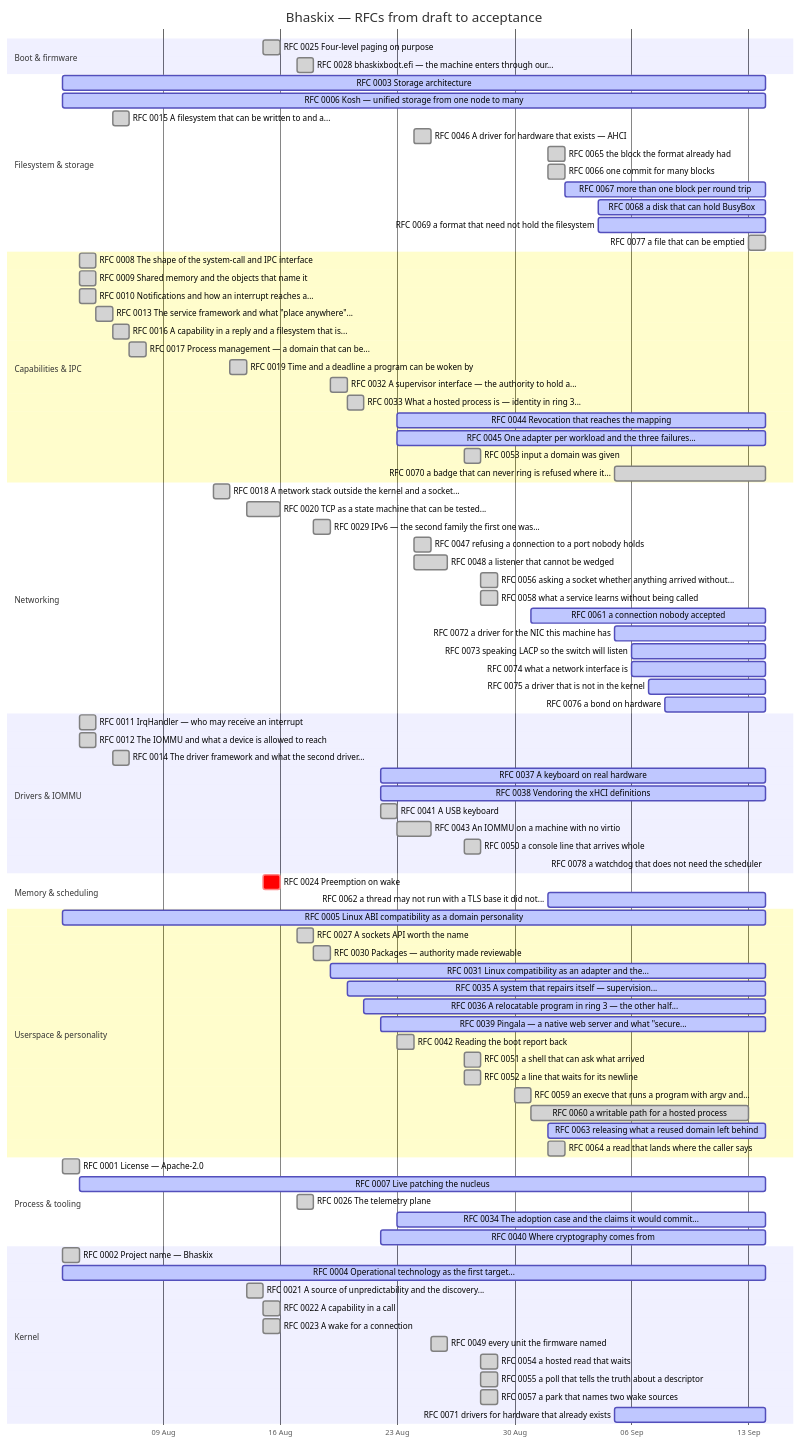
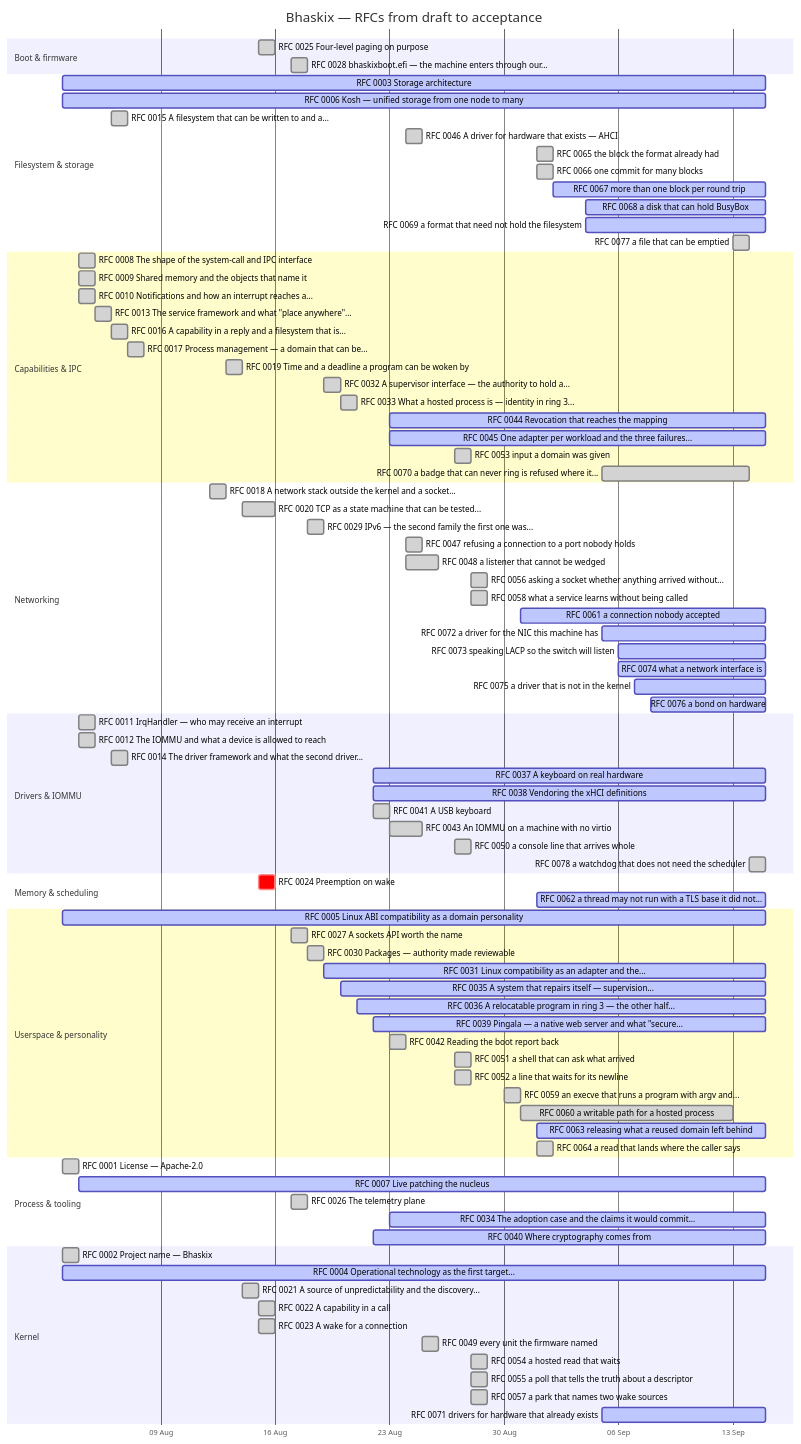
Before and after one commit to bhaskix/bhaskix: the diagram in docs/progress.md, drawn with Mermaid. The commit also changed other lines of this file and 5 other files, not shown here.

First line of the commit message:
RFC 0078 step 3: a stall the kernel can be asked for, so the report can be falsified

````diff
--- a/docs/progress.md
+++ b/docs/progress.md
@@ -31,15 +31,15 @@
     RFC 0025 Four-level paging on purpose :done, r0025, 2026-08-15, 2026-08-16
     RFC 0028 bhaskixboot.efi — the machine enters through our... :done, r0028, 2026-08-17, 2026-08-18
     section Filesystem & storage
-    RFC 0003 Storage architecture :active, r0003, 2026-08-03, 2026-09-14
-    RFC 0006 Kosh — unified storage from one node to many :active, r0006, 2026-08-03, 2026-09-14
+    RFC 0003 Storage architecture :active, r0003, 2026-08-03, 2026-09-15
+    RFC 0006 Kosh — unified storage from one node to many :active, r0006, 2026-08-03, 2026-09-15
     RFC 0015 A filesystem that can be written to and a... :done, r0015, 2026-08-06, 1d
     RFC 0046 A driver for hardware that exists — AHCI :done, r0046, 2026-08-24, 1d
     RFC 0065 the block the format already had :done, r0065, 2026-09-01, 1d
     RFC 0066 one commit for many blocks :done, r0066, 2026-09-01, 1d
-    RFC 0067 more than one block per round trip :active, r0067, 2026-09-02, 2026-09-14
-    RFC 0068 a disk that can hold BusyBox :active, r0068, 2026-09-04, 2026-09-14
-    RFC 0069 a format that need not hold the filesystem :active, r0069, 2026-09-04, 2026-09-14
+    RFC 0067 more than one block per round trip :active, r0067, 2026-09-02, 2026-09-15
+    RFC 0068 a disk that can hold BusyBox :active, r0068, 2026-09-04, 2026-09-15
+    RFC 0069 a format that need not hold the filesystem :active, r0069, 2026-09-04, 2026-09-15
     RFC 0077 a file that can be emptied :done, r0077, 2026-09-13, 1d
     section Capabilities & IPC
     RFC 0008 The shape of the system-call and IPC interface :done, r0008, 2026-08-04, 1d
@@ -51,8 +51,8 @@
     RFC 0019 Time and a deadline a program can be woken by :done, r0019, 2026-08-13, 2026-08-14
     RFC 0032 A supervisor interface — the authority to hold a... :done, r0032, 2026-08-19, 2026-08-20
     RFC 0033 What a hosted process is — identity in ring 3... :done, r0033, 2026-08-20, 1d
-    RFC 0044 Revocation that reaches the mapping :active, r0044, 2026-08-23, 2026-09-14
-    RFC 0045 One adapter per workload and the three failures... :active, r0045, 2026-08-23, 2026-09-14
+    RFC 0044 Revocation that reaches the mapping :active, r0044, 2026-08-23, 2026-09-15
+    RFC 0045 One adapter per workload and the three failures... :active, r0045, 2026-08-23, 2026-09-15
     RFC 0053 input a domain was given :done, r0053, 2026-08-27, 1d
     RFC 0070 a badge that can never ring is refused where it... :done, r0070, 2026-09-05, 2026-09-14
     section Networking
@@ -63,49 +63,49 @@
     RFC 0048 a listener that cannot be wedged :done, r0048, 2026-08-24, 2026-08-26
     RFC 0056 asking a socket whether anything arrived without... :done, r0056, 2026-08-28, 1d
     RFC 0058 what a service learns without being called :done, r0058, 2026-08-28, 1d
-    RFC 0061 a connection nobody accepted :active, r0061, 2026-08-31, 2026-09-14
-    RFC 0072 a driver for the NIC this machine has :active, r0072, 2026-09-05, 2026-09-14
-    RFC 0073 speaking LACP so the switch will listen :active, r0073, 2026-09-06, 2026-09-14
-    RFC 0074 what a network interface is :active, r0074, 2026-09-06, 2026-09-14
-    RFC 0075 a driver that is not in the kernel :active, r0075, 2026-09-07, 2026-09-14
-    RFC 0076 a bond on hardware :active, r0076, 2026-09-08, 2026-09-14
+    RFC 0061 a connection nobody accepted :active, r0061, 2026-08-31, 2026-09-15
+    RFC 0072 a driver for the NIC this machine has :active, r0072, 2026-09-05, 2026-09-15
+    RFC 0073 speaking LACP so the switch will listen :active, r0073, 2026-09-06, 2026-09-15
+    RFC 0074 what a network interface is :active, r0074, 2026-09-06, 2026-09-15
+    RFC 0075 a driver that is not in the kernel :active, r0075, 2026-09-07, 2026-09-15
+    RFC 0076 a bond on hardware :active, r0076, 2026-09-08, 2026-09-15
     section Drivers & IOMMU
     RFC 0011 IrqHandler — who may receive an interrupt :done, r0011, 2026-08-04, 1d
     RFC 0012 The IOMMU and what a device is allowed to reach :done, r0012, 2026-08-04, 1d
     RFC 0014 The driver framework and what the second driver... :done, r0014, 2026-08-06, 1d
-    RFC 0037 A keyboard on real hardware :active, r0037, 2026-08-22, 2026-09-14
-    RFC 0038 Vendoring the xHCI definitions :active, r0038, 2026-08-22, 2026-09-14
+    RFC 0037 A keyboard on real hardware :active, r0037, 2026-08-22, 2026-09-15
+    RFC 0038 Vendoring the xHCI definitions :active, r0038, 2026-08-22, 2026-09-15
     RFC 0041 A USB keyboard :done, r0041, 2026-08-22, 2026-08-23
     RFC 0043 An IOMMU on a machine with no virtio :done, r0043, 2026-08-23, 2026-08-25
     RFC 0050 a console line that arrives whole :done, r0050, 2026-08-27, 1d
-    RFC 0078 a watchdog that does not need the scheduler :active, r0078, 2026-09-14, 2026-09-14
+    RFC 0078 a watchdog that does not need the scheduler :done, r0078, 2026-09-14, 2026-09-15
     section Memory & scheduling
     RFC 0024 Preemption on wake :crit, r0024, 2026-08-15, 1d
-    RFC 0062 a thread may not run with a TLS base it did not... :active, r0062, 2026-09-01, 2026-09-14
+    RFC 0062 a thread may not run with a TLS base it did not... :active, r0062, 2026-09-01, 2026-09-15
     section Userspace & personality
-    RFC 0005 Linux ABI compatibility as a domain personality :active, r0005, 2026-08-03, 2026-09-14
+    RFC 0005 Linux ABI compatibility as a domain personality :active, r0005, 2026-08-03, 2026-09-15
     RFC 0027 A sockets API worth the name :done, r0027, 2026-08-17, 1d
     RFC 0030 Packages — authority made reviewable :done, r0030, 2026-08-18, 2026-08-19
-    RFC 0031 Linux compatibility as an adapter and the... :active, r0031, 2026-08-19, 2026-09-14
-    RFC 0035 A system that repairs itself — supervision... :active, r0035, 2026-08-20, 2026-09-14
-    RFC 0036 A relocatable program in ring 3 — the other half... :active, r0036, 2026-08-21, 2026-09-14
-    RFC 0039 Pingala — a native web server and what "secure... :active, r0039, 2026-08-22, 2026-09-14
+    RFC 0031 Linux compatibility as an adapter and the... :active, r0031, 2026-08-19, 2026-09-15
+    RFC 0035 A system that repairs itself — supervision... :active, r0035, 2026-08-20, 2026-09-15
+    RFC 0036 A relocatable program in ring 3 — the other half... :active, r0036, 2026-08-21, 2026-09-15
+    RFC 0039 Pingala — a native web server and what "secure... :active, r0039, 2026-08-22, 2026-09-15
     RFC 0042 Reading the boot report back :done, r0042, 2026-08-23, 1d
     RFC 0051 a shell that can ask what arrived :done, r0051, 2026-08-27, 1d
     RFC 0052 a line that waits for its newline :done, r0052, 2026-08-27, 1d
     RFC 0059 an execve that runs a program with argv and... :done, r0059, 2026-08-30, 1d
     RFC 0060 a writable path for a hosted process :done, r0060, 2026-08-31, 2026-09-13
-    RFC 0063 releasing what a reused domain left behind :active, r0063, 2026-09-01, 2026-09-14
+    RFC 0063 releasing what a reused domain left behind :active, r0063, 2026-09-01, 2026-09-15
     RFC 0064 a read that lands where the caller says :done, r0064, 2026-09-01, 1d
     section Process & tooling
     RFC 0001 License — Apache-2.0 :done, r0001, 2026-08-03, 1d
-    RFC 0007 Live patching the nucleus :active, r0007, 2026-08-04, 2026-09-14
+    RFC 0007 Live patching the nucleus :active, r0007, 2026-08-04, 2026-09-15
     RFC 0026 The telemetry plane :done, r0026, 2026-08-17, 1d
-    RFC 0034 The adoption case and the claims it would commit... :active, r0034, 2026-08-23, 2026-09-14
-    RFC 0040 Where cryptography comes from :active, r0040, 2026-08-22, 2026-09-14
+    RFC 0034 The adoption case and the claims it would commit... :active, r0034, 2026-08-23, 2026-09-15
+    RFC 0040 Where cryptography comes from :active, r0040, 2026-08-22, 2026-09-15
     section Kernel
     RFC 0002 Project name — Bhaskix :done, r0002, 2026-08-03, 1d
-    RFC 0004 Operational technology as the first target... :active, r0004, 2026-08-03, 2026-09-14
+    RFC 0004 Operational technology as the first target... :active, r0004, 2026-08-03, 2026-09-15
     RFC 0021 A source of unpredictability and the discovery... :done, r0021, 2026-08-14, 1d
     RFC 0022 A capability in a call :done, r0022, 2026-08-15, 2026-08-16
     RFC 0023 A wake for a connection :done, r0023, 2026-08-15, 2026-08-16
@@ -113,5 +113,5 @@
     RFC 0054 a hosted read that waits :done, r0054, 2026-08-28, 1d
     RFC 0055 a poll that tells the truth about a descriptor :done, r0055, 2026-08-28, 1d
     RFC 0057 a park that names two wake sources :done, r0057, 2026-08-28, 1d
-    RFC 0071 drivers for hardware that already exists :active, r0071, 2026-09-05, 2026-09-14
+    RFC 0071 drivers for hardware that already exists :active, r0071, 2026-09-05, 2026-09-15
 ```
````
